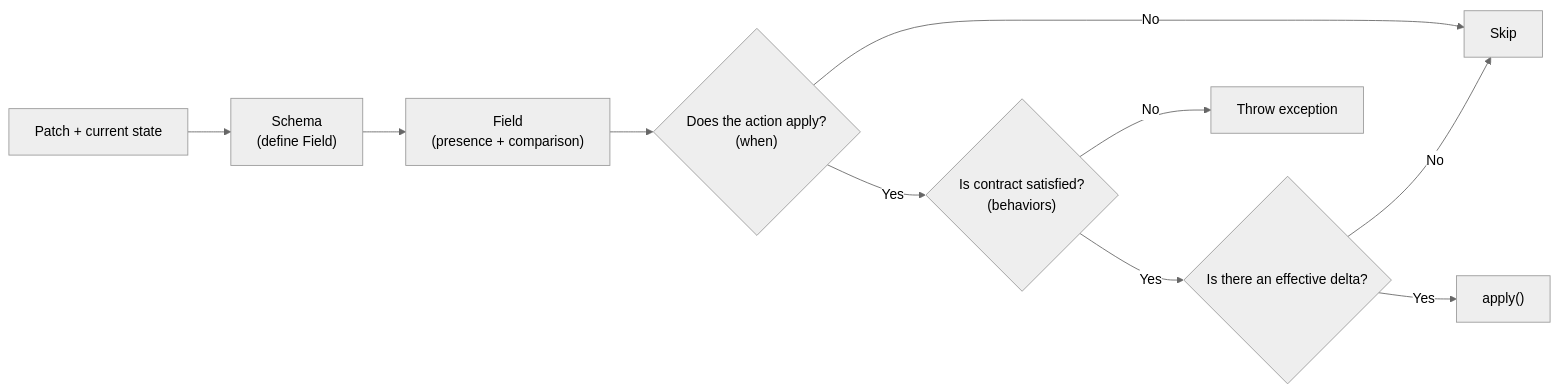
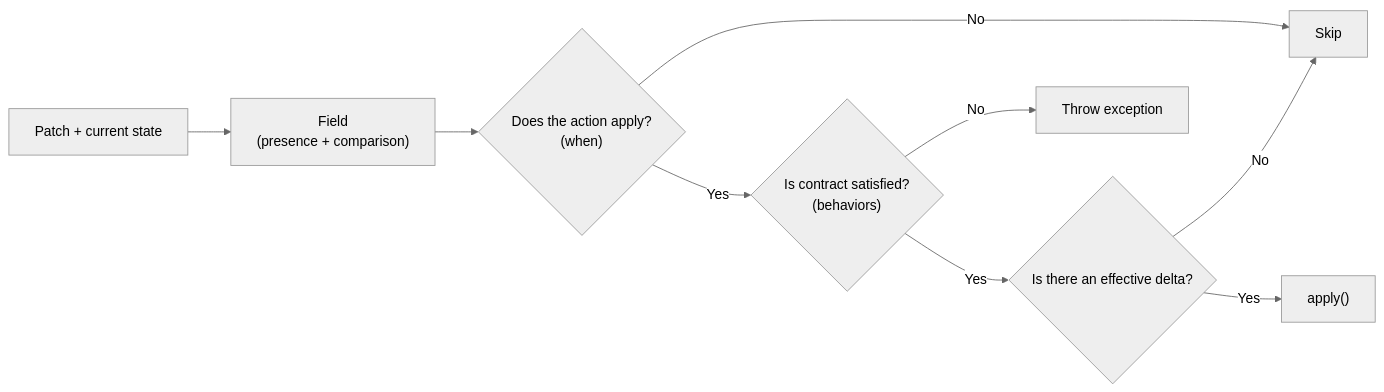
One commit to vaened/php-delta-orchestrator changed the diagram in README.md. Above: the diagram before and after it, drawn with Mermaid (neutral theme). The commit also changed other lines of this file and 9 other files, not shown here.

First line of the commit message:
refactor: remove Schema and adopt Field::from API

````diff
--- a/README.md
+++ b/README.md
@@ -77,12 +75,11 @@
 ```mermaid
 flowchart LR
-    A["Patch + current state"] --> B["Schema<br/>(define Field)"]
-    B --> C["Field<br/>(presence + comparison)"]
-    C --> D{"Does the action apply?<br/>(when)"}
-    D -- "No" --> X["Skip"]
-    D -- "Yes" --> E{"Is contract satisfied?<br/>(behaviors)"}
-    E -- "No" --> Z["Throw exception"]
-    E -- "Yes" --> F{"Is there an effective delta?"}
-    F -- "No" --> X
-    F -- "Yes" --> G["apply()"]
+    A["Patch + current state"] --> B["Field<br/>(presence + comparison)"]
+    B --> C{"Does the action apply?<br/>(when)"}
+    C -- "No" --> X["Skip"]
+    C -- "Yes" --> D{"Is contract satisfied?<br/>(behaviors)"}
+    D -- "No" --> Z["Throw exception"]
+    D -- "Yes" --> E{"Is there an effective delta?"}
+    E -- "No" --> X
+    E -- "Yes" --> G["apply()"]
 ```
````
